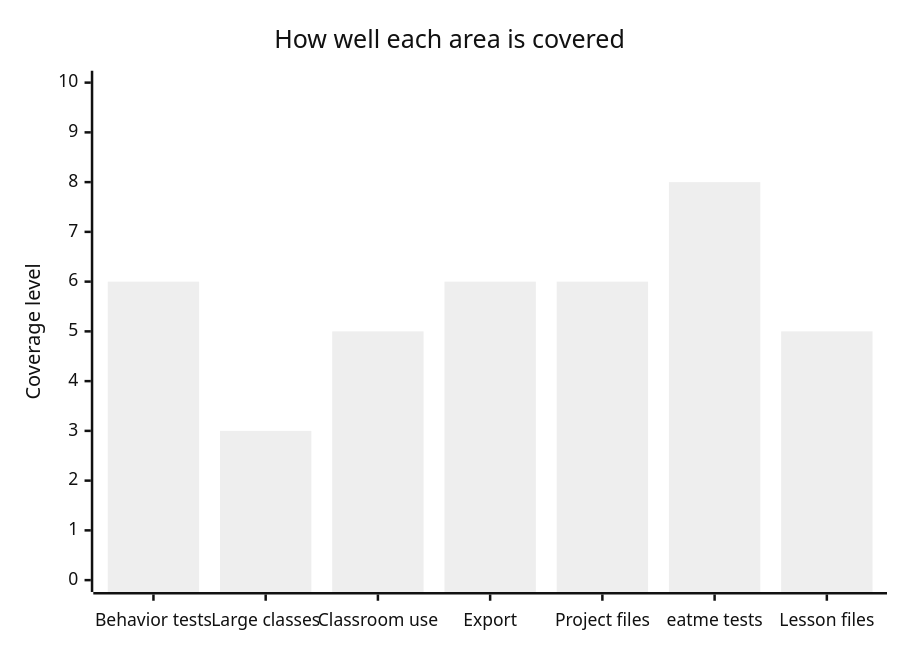
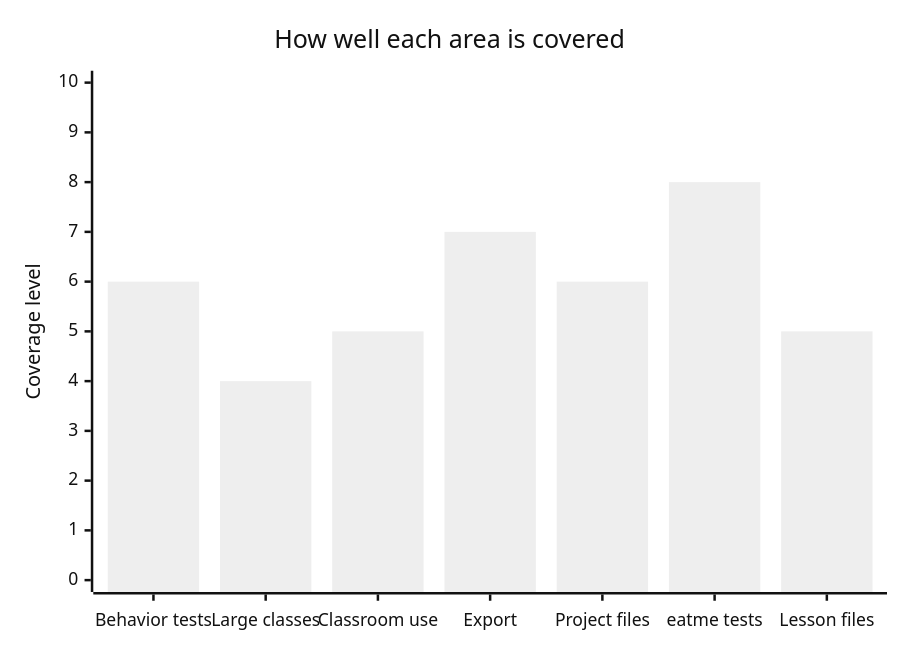
Before and after one commit to rysweet/drinkme: the second of 6 diagrams in README.md, drawn with Mermaid (neutral theme). The commit also changed other lines of this file, not shown here.

````diff
--- a/README.md
+++ b/README.md
@@ -56,7 +56,7 @@
 ```mermaid
 xychart-beta
   title "How well each area is covered"
   x-axis ["Behavior tests", "Large classes", "Classroom use", "Export", "Project files", "eatme tests", "Lesson files"]
   y-axis "Coverage level" 0 --> 10
-  bar [6, 3, 5, 6, 6, 8, 5]
+  bar [6, 4, 5, 7, 6, 8, 5]
 ```
````
